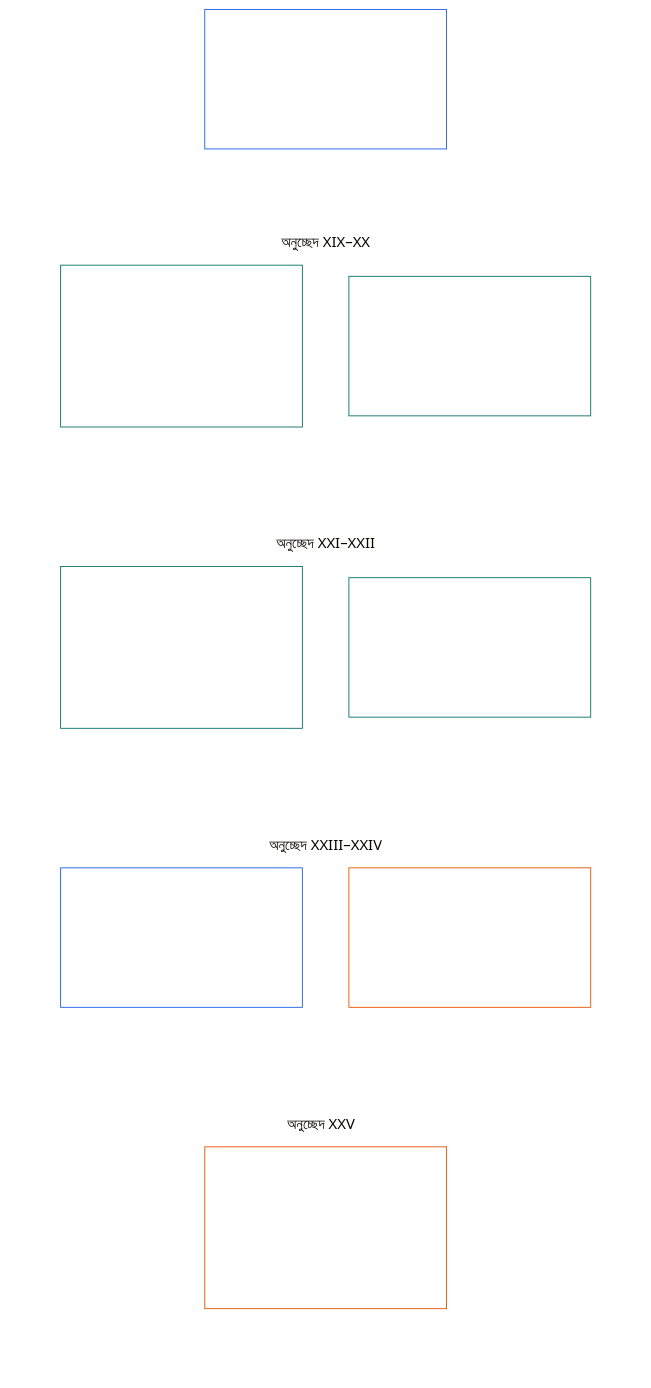
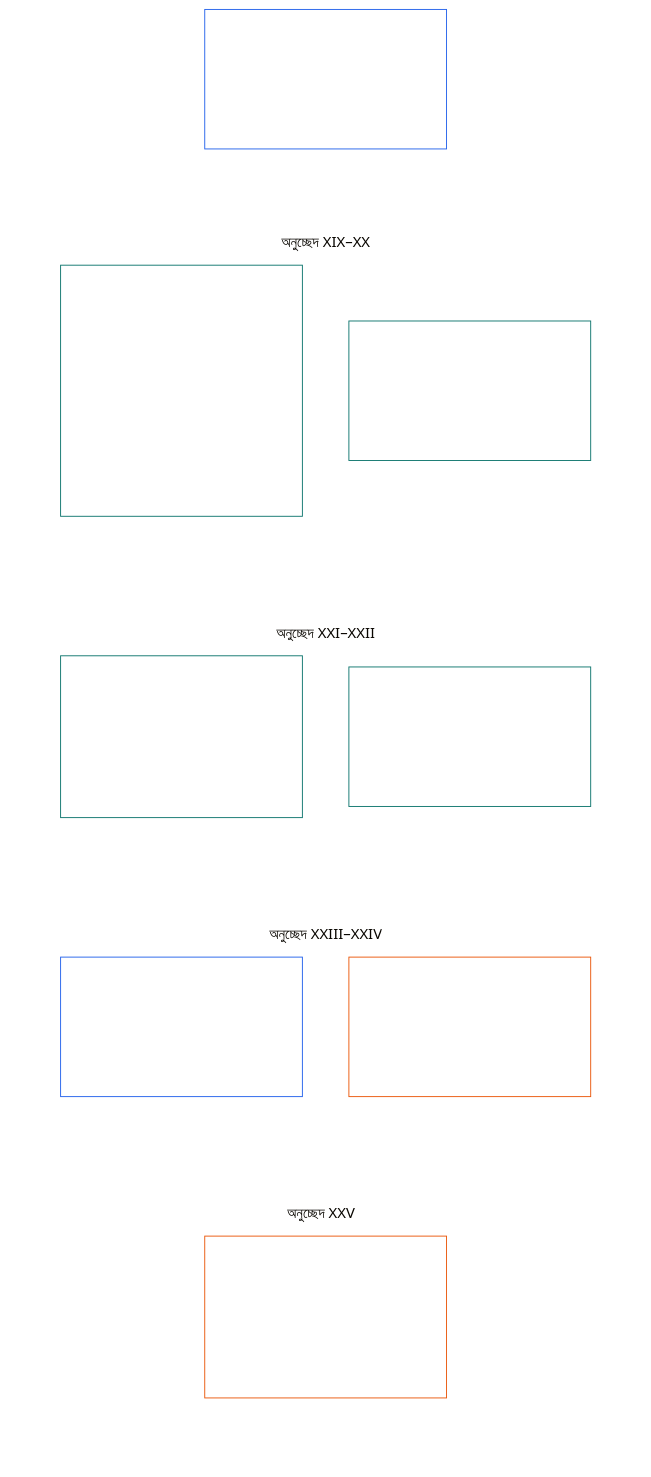
The diagram in translations/bn/core_06_rights_part_d.md (kfoelsch/Sentient_Constitution), drawn with Mermaid (base theme) before and after one commit. The commit also changed other lines of this file and 345 other files, not shown here.

````diff
--- a/translations/bn/core_06_rights_part_d.md
+++ b/translations/bn/core_06_rights_part_d.md
@@ -40,42 +40,42 @@
 ```mermaid
 flowchart TB
     D0["Part D<br/><br/>অবস্থান, ন্যায়বিচার, আন্তঃকার্যক্ষমতা, চলাচল ও আশ্রয়, বোধগম্যতা, মূল কারণ পর্যালোচনা ও সাংবিধানিক ব্যাখ্যা"]
     subgraph Dgrid[" "]
         direction TB
         subgraph Drow1["অনুচ্ছেদ XIX–XX"]
-            D1["অনুচ্ছেদ XIX · অংশগ্রহণের মর্যাদা ও অবস্থা<br/><br/>• অবস্থানের পার্থক্য; আপত্তি ও সীমা; যোগ্যতা, লঙ্ঘন ও লক; ভোট ও বিশেষ লক"]
+            D1["**অনুচ্ছেদ XIX** (*অবস্থান ও অংশগ্রহণের অবস্থা*) · অবস্থান ও অংশগ্রহণের অবস্থা<br/><br/>• অবস্থানের পার্থক্য<br/>• আপত্তিযোগ্যতা ও সীমাবদ্ধতার সীমা<br/>• অবদান, দক্ষতার মানদণ্ড ও নিয়ন্ত্রিত পথে যোগ্যতা<br/>• লঙ্ঘন ও অবস্থান-লক<br/>• ভোটদান ও বিশেষ লক"]
             D2["অনুচ্ছেদ XX · যাচাইকৃত লঙ্ঘনের পর ন্যায়বিচার<br/><br/>• ন্যায়বিচারের লক্ষ্য ও পরিধি; সীমাবিধির ন্যূনতম মান"]
         end
         subgraph Drow2["অনুচ্ছেদ XXI–XXII"]
             D3["অনুচ্ছেদ XXI · আন্তঃকার্যক্ষমতা, বহনযোগ্যতা ও প্রস্থানের অখণ্ডতা<br/><br/>• বহনযোগ্যতা; পারস্পরিক আন্তঃকার্যক্ষমতা; আটকে রাখা প্রতিরোধ; উন্মুক্ত বিন্যাস ও মান"]
             D4["অনুচ্ছেদ XXII · চলাচল, আশ্রয় ও রাষ্ট্রহীনতা রোধ<br/><br/>• চলাচল; আশ্রয়; রাষ্ট্রহীনতা রোধ; সীমা, হেফাজত ও জরুরি ব্যবস্থা"]
         end
         subgraph Drow3["অনুচ্ছেদ XXIII–XXIV"]
             D5["অনুচ্ছেদ XXIII · বোধগম্যতা ও জটিলতার দায়িত্বশীল তত্ত্বাবধান<br/><br/>• আনুপাতিক বোধগম্যতা; জটিলতা নিরীক্ষা ও মডুলারিটি"]
             D6["অনুচ্ছেদ XXIV · মূল কারণ বিশ্লেষণ ও অভিযোজিত প্রতিক্রিয়া<br/><br/>• রোগনির্ণয়; কারণ-আরোপ; নিরীক্ষা, চ্যালেঞ্জ ও প্রত্যাবর্তনযোগ্যতা"]
         end
         subgraph Drow4["অনুচ্ছেদ XXV"]
             D7["অনুচ্ছেদ XXV · সাংবিধানিক ব্যাখ্যা, পর্যালোচনা ও দখল প্রতিরোধের সুরক্ষা<br/><br/>• সীমিত ম্যান্ডেট; স্বাধীন পর্যালোচনা; অপসারণ ও প্রাতিষ্ঠানিক গেঁথে যাওয়া প্রতিরোধ"]
         end
     end
     %% Invisible links place the cards in the source reading order.
     D0 ~~~ D1 & D2
     D1 ~~~ D3
     D2 ~~~ D4
     D3 ~~~ D5
     D4 ~~~ D6
     D5 & D6 ~~~ D7
     style Dgrid fill:none,stroke:none
     style Drow1 fill:none,stroke:none
     style Drow2 fill:none,stroke:none
     style Drow3 fill:none,stroke:none
     style Drow4 fill:none,stroke:none
     style D0 fill:none,stroke:#2563eb,color:#ffffff
     style D1 fill:none,stroke:#0f766e,color:#ffffff
     style D2 fill:none,stroke:#0f766e,color:#ffffff
     style D3 fill:none,stroke:#0f766e,color:#ffffff
     style D4 fill:none,stroke:#0f766e,color:#ffffff
     style D5 fill:none,stroke:#2563eb,color:#ffffff
     style D6 fill:none,stroke:#ea580c,color:#ffffff
     style D7 fill:none,stroke:#ea580c,color:#ffffff
 ```
````
